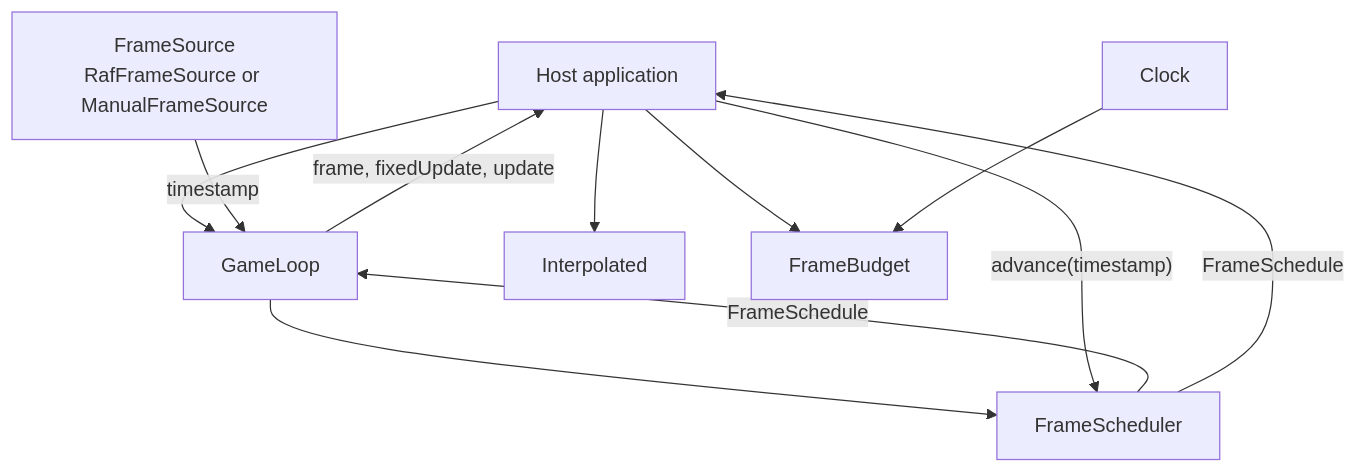
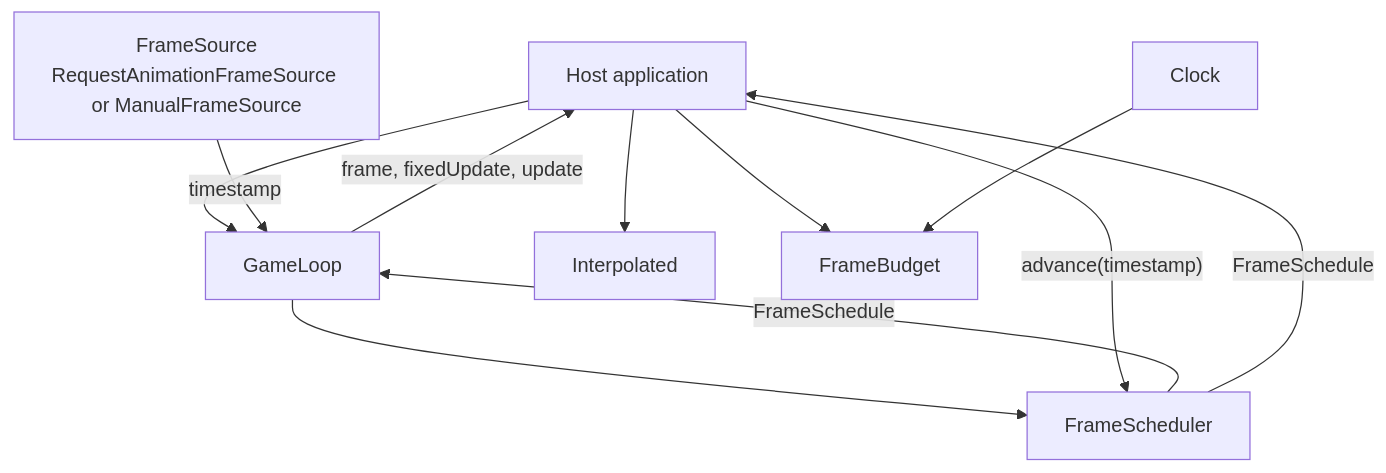
Before and after one commit to JollyPixel/editor: the first of 2 diagrams in packages/loop/ARCHITECTURE.md, drawn with Mermaid. The commit also changed other lines of this file and 10 other files, not shown here.

Commit message:
refactor(loop)!: rename RafFrameSource to RequestAnimationFrameSource

````diff
--- a/packages/loop/ARCHITECTURE.md
+++ b/packages/loop/ARCHITECTURE.md
@@ -7,15 +7,15 @@
 ```mermaid
 flowchart TB
     Host["Host application"] --> Loop["GameLoop"]
-    Source["FrameSource<br/>RafFrameSource or ManualFrameSource"] -->|"timestamp"| Loop
+    Source["FrameSource<br/>RequestAnimationFrameSource or ManualFrameSource"] -->|"timestamp"| Loop
     Loop --> Scheduler["FrameScheduler"]
     Scheduler -->|"FrameSchedule"| Loop
     Loop -->|"frame, fixedUpdate, update"| Host
 
     Host -->|"advance(timestamp)"| Scheduler
     Scheduler -->|"FrameSchedule"| Host
 
     Host --> Interpolated["Interpolated"]
     Host --> Budget["FrameBudget"]
     Clock["Clock"] --> Budget
 ```
````
